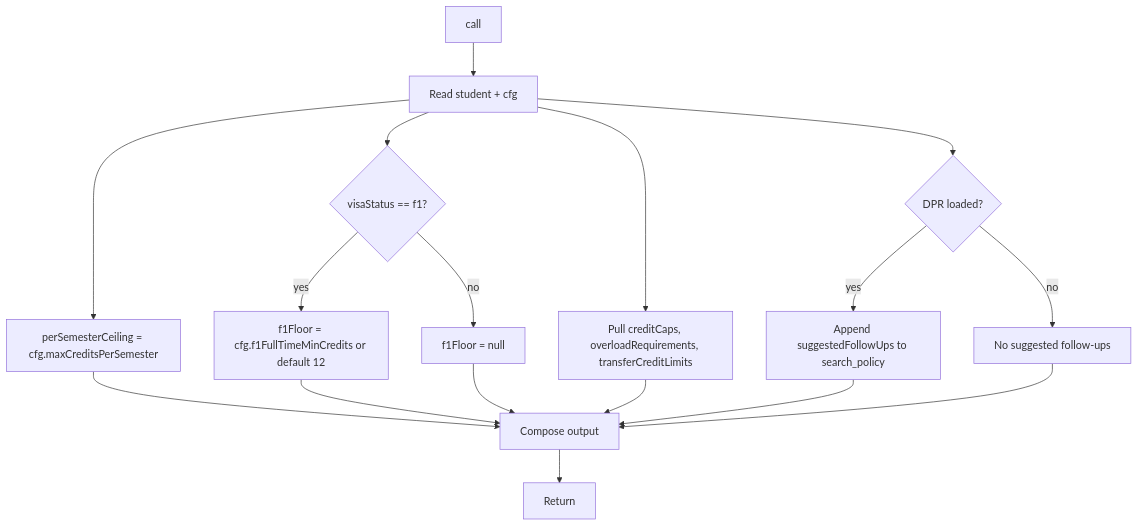
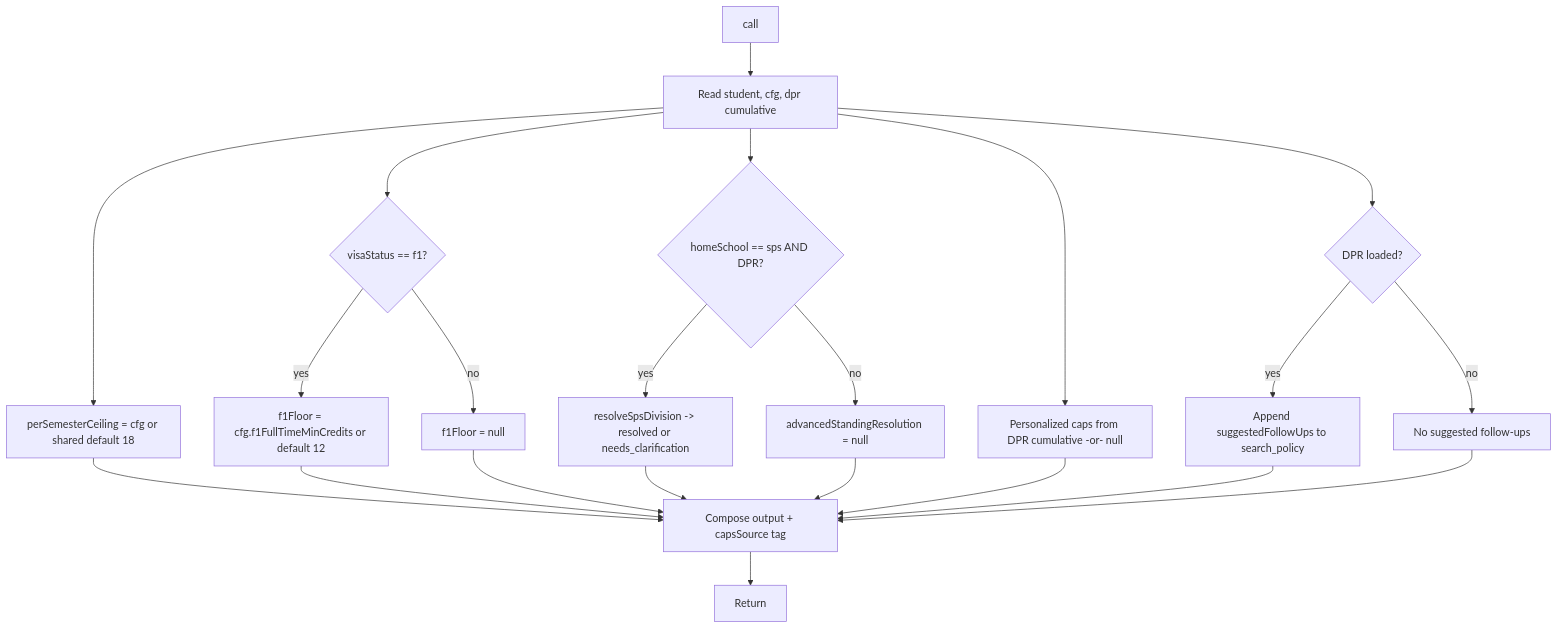
One commit to EdoardoMongardi/NYU_Path changed the second of 2 diagrams in Docs/current-system/tools/get_credit_caps.md. Above: the diagram before and after it, drawn with Mermaid. The commit also changed other lines of this file and 73 other files, not shown here.

````diff
--- a/Docs/current-system/tools/get_credit_caps.md
+++ b/Docs/current-system/tools/get_credit_caps.md
@@ -166,19 +146,24 @@
 ```mermaid
 flowchart TD
-    A[call] --> B[Read student + cfg]
-    B --> C[perSemesterCeiling = cfg.maxCreditsPerSemester]
+    A[call] --> B[Read student, cfg, dpr cumulative]
+    B --> C[perSemesterCeiling = cfg or shared default 18]
     B --> D{visaStatus == f1?}
     D -- yes --> E[f1Floor = cfg.f1FullTimeMinCredits or default 12]
     D -- no --> F[f1Floor = null]
-    B --> G[Pull creditCaps, overloadRequirements, transferCreditLimits]
+    B --> S{homeSchool == sps AND DPR?}
+    S -- yes --> S1[resolveSpsDivision -> resolved or needs_clarification]
+    S -- no --> S2[advancedStandingResolution = null]
+    B --> G[Personalized caps from DPR cumulative -or- null]
     B --> H{DPR loaded?}
     H -- yes --> I[Append suggestedFollowUps to search_policy]
     H -- no --> J[No suggested follow-ups]
-    C --> K[Compose output]
+    C --> K[Compose output + capsSource tag]
     E --> K
     F --> K
+    S1 --> K
+    S2 --> K
     G --> K
     I --> K
     J --> K
     K --> L[Return]
 ```
````
